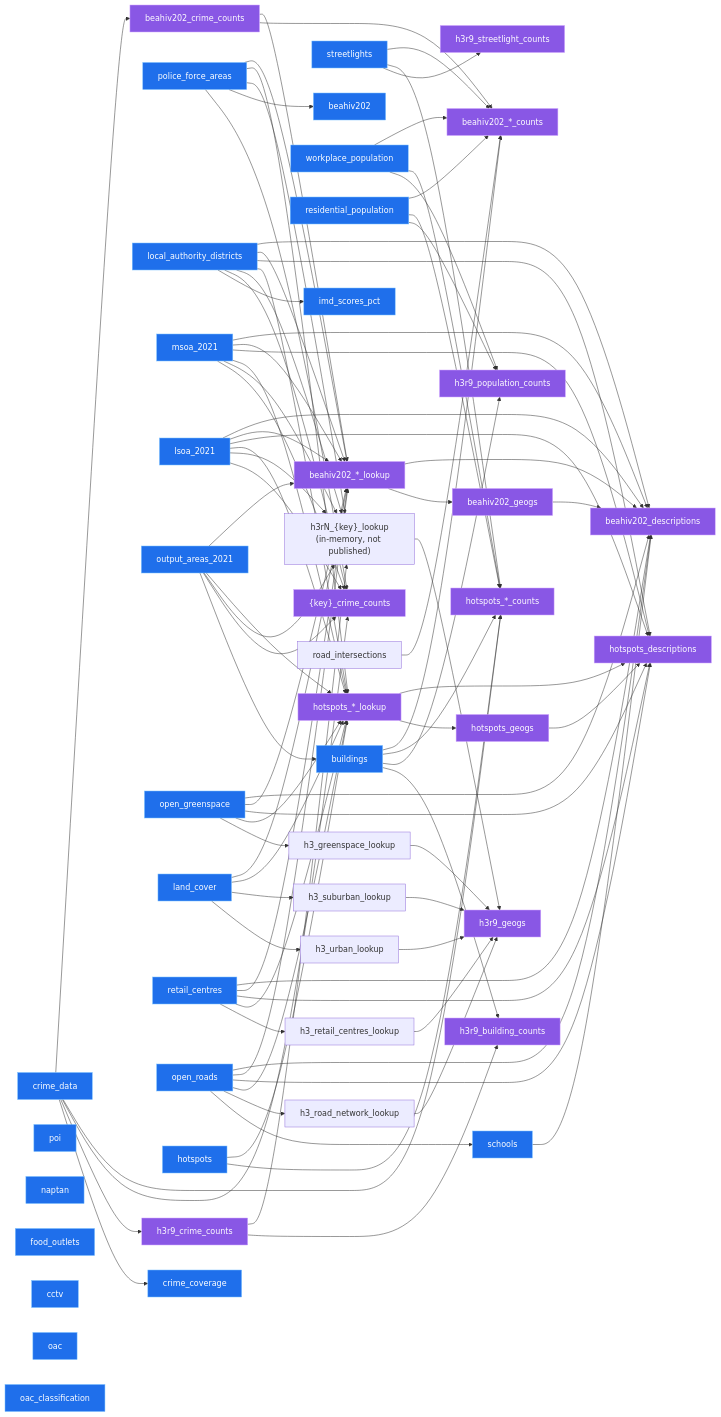
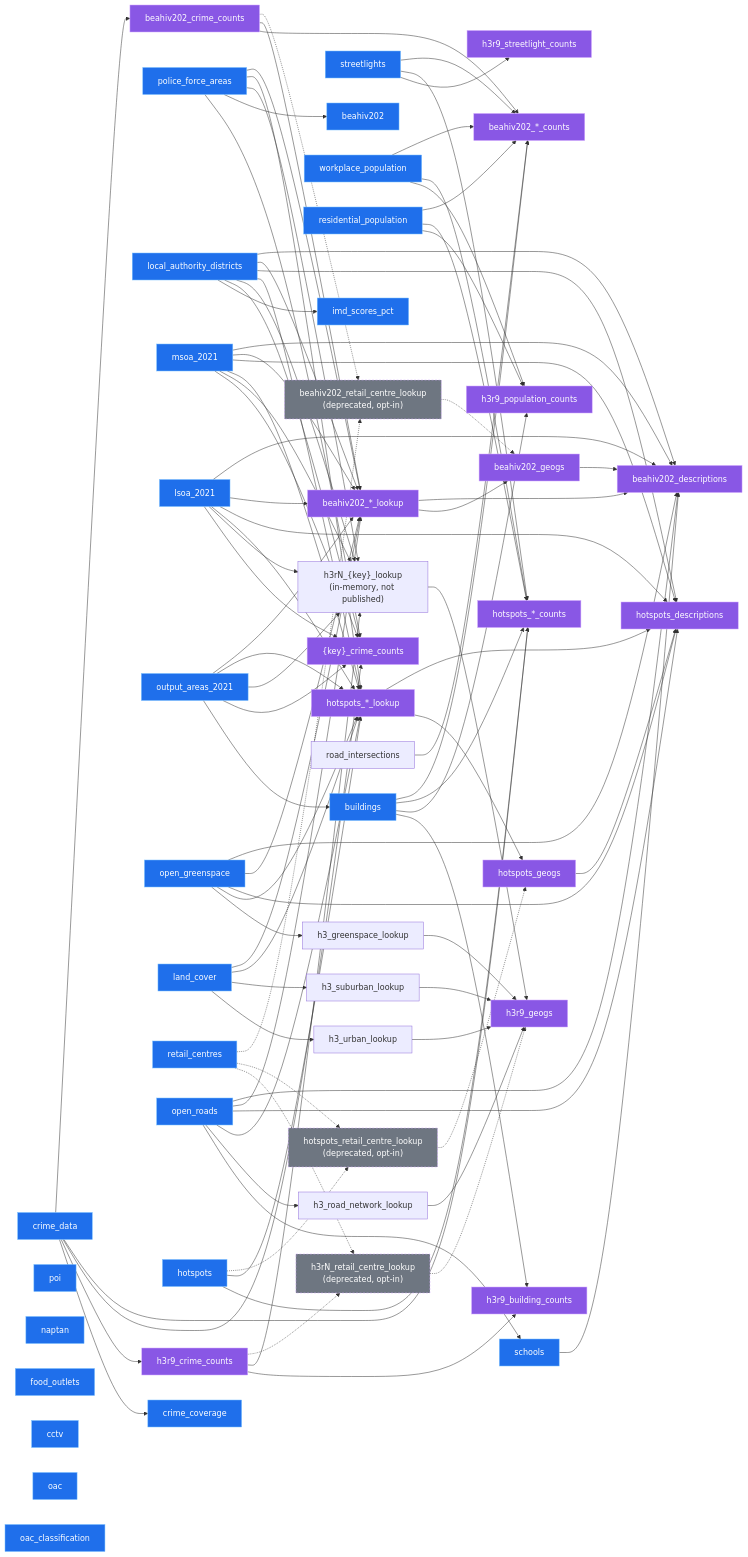
One commit to safer-streets/safer-streets-tooling changed the diagram in README.md. Above: the diagram before and after it, drawn with Mermaid. The commit also changed other lines of this file and 16 other files, not shown here.

First line of the commit message:
Make the retail centre lookups opt-in and deprecated on every grid

````diff
--- a/README.md
+++ b/README.md
@@ -119,15 +125,17 @@
    h3_urban_lookup
    h3_suburban_lookup
    h3_road_network_lookup
-   h3_retail_centres_lookup
+   h3_retail_centres_lookup["h3rN_retail_centre_lookup<br/>(deprecated, opt-in)"]
    h3r9_geogs
    hotspot_counts["hotspots_*_counts"]
    hotspot_lookups["hotspots_*_lookup"]
+   hotspots_retail_centre_lookup["hotspots_retail_centre_lookup<br/>(deprecated, opt-in)"]
    hotspots_geogs
    hotspots_descriptions
    beahiv202_crime_counts
    beahiv_counts_other["beahiv202_*_counts"]
    beahiv_lookups["beahiv202_*_lookup"]
+   beahiv202_retail_centre_lookup["beahiv202_retail_centre_lookup<br/>(deprecated, opt-in)"]
    beahiv202_geogs
    beahiv202_descriptions
 
@@ -164,13 +172,14 @@
     land_cover --> h3_urban_lookup
     land_cover --> h3_suburban_lookup
     open_roads --> h3_road_network_lookup
-    retail_centres --> h3_retail_centres_lookup
+    retail_centres -.-> h3_retail_centres_lookup
+    h3r9_crime_counts -.-> h3_retail_centres_lookup
     h3_geogs_lookup --> h3r9_geogs
     h3_greenspace_lookup --> h3r9_geogs
     h3_urban_lookup --> h3r9_geogs
     h3_suburban_lookup --> h3r9_geogs
     h3_road_network_lookup --> h3r9_geogs
-    h3_retail_centres_lookup --> h3r9_geogs
+    h3_retail_centres_lookup -.-> h3r9_geogs
 
     %% transform edges: the same relations on the hotspot hexes (their own grid, so no crime_counts edge)
     hotspots --> hotspot_counts
@@ -188,13 +197,14 @@
     open_greenspace --> hotspot_lookups
     land_cover --> hotspot_lookups
     open_roads --> hotspot_lookups
-    retail_centres --> hotspot_lookups
+    hotspots -.-> hotspots_retail_centre_lookup
+    retail_centres -.-> hotspots_retail_centre_lookup
     hotspot_lookups --> hotspots_geogs
+    hotspots_retail_centre_lookup -.-> hotspots_geogs
     hotspots_geogs --> hotspots_descriptions
     hotspot_lookups --> hotspots_descriptions
     open_roads --> hotspots_descriptions
     open_greenspace --> hotspots_descriptions
-    retail_centres --> hotspots_descriptions
     local_authority_districts --> hotspots_descriptions
     msoa_2021 --> hotspots_descriptions
     lsoa_2021 --> hotspots_descriptions
@@ -216,14 +226,15 @@
     open_greenspace --> beahiv_lookups
     land_cover --> beahiv_lookups
     open_roads --> beahiv_lookups
-    retail_centres --> beahiv_lookups
+    beahiv202_crime_counts -.-> beahiv202_retail_centre_lookup
+    retail_centres -.-> beahiv202_retail_centre_lookup
     beahiv_lookups --> beahiv202_geogs
+    beahiv202_retail_centre_lookup -.-> beahiv202_geogs
     beahiv202_geogs --> beahiv202_descriptions
     beahiv_lookups --> beahiv202_descriptions
     open_roads --> beahiv202_descriptions
     open_greenspace --> beahiv202_descriptions
     schools --> beahiv202_descriptions
-    retail_centres --> beahiv202_descriptions
     local_authority_districts --> beahiv202_descriptions
     msoa_2021 --> beahiv202_descriptions
     lsoa_2021 --> beahiv202_descriptions
@@ -231,6 +242,8 @@
     %% colour by phase, tuned for dark backgrounds (white text on saturated fills, light strokes)
     classDef extract fill:#1f6feb,stroke:#79c0ff,stroke-width:1px,color:#ffffff;
     classDef transform fill:#8957e5,stroke:#d2a8ff,stroke-width:1px,color:#ffffff;
+    classDef deprecated fill:#6e7681,stroke:#d2a8ff,stroke-width:1px,stroke-dasharray:4 3,color:#ffffff;
     class crime_data,crime_coverage,police_force_areas,local_authority_districts,msoa_2021,lsoa_2021,output_areas_2021,open_greenspace,land_cover,buildings,retail_centres,open_roads,poi,naptan,food_outlets,streetlights,cctv,schools,imd_scores_pct,oac,oac_classification,workplace_population,residential_population,beahiv202,hotspots extract;
     class h3r9_crime_counts,geog_crime_counts,beahiv_counts_other,h3r9_streetlight_counts,h3r9_building_counts,h3r9_population_counts,h3r9_geogs,hotspot_counts,hotspot_lookups,hotspots_geogs,hotspots_descriptions,beahiv202_crime_counts,beahiv_lookups,beahiv202_geogs,beahiv202_descriptions transform;
+    class h3_retail_centres_lookup,hotspots_retail_centre_lookup,beahiv202_retail_centre_lookup deprecated;
 ```
````
